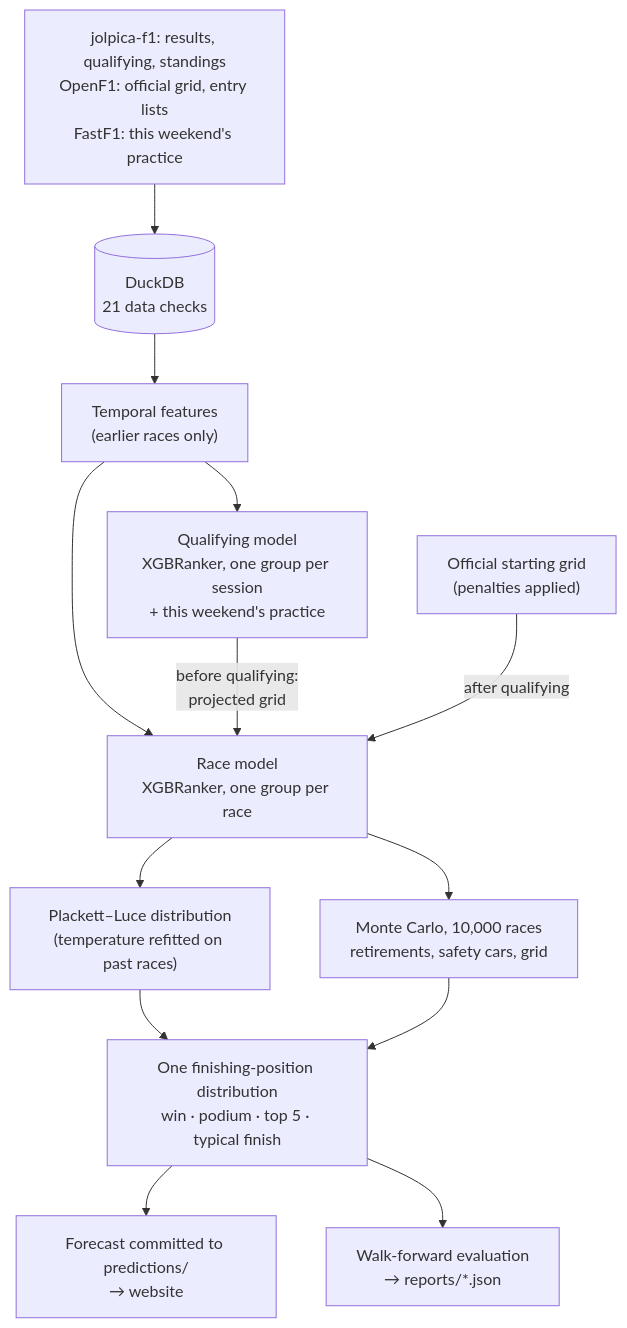
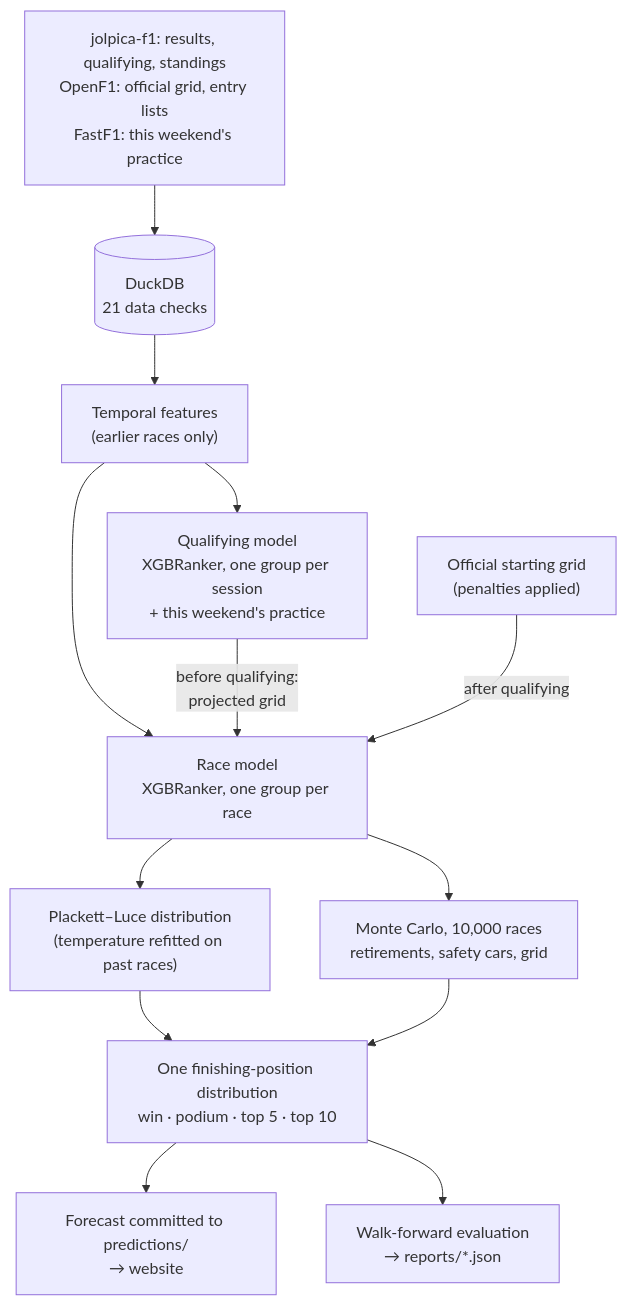
The diagram in README.md (Parikshit06/f1pred), drawn with Mermaid before and after one commit. The commit also changed other lines of this file and 3 other files, not shown here.

First line of the commit message:
Replace the finish-line graphic with how each driver's race could end

````diff
--- a/README.md
+++ b/README.md
@@ -77,15 +77,15 @@
 ```mermaid
 flowchart TD
     A["jolpica-f1: results, qualifying, standings<br/>OpenF1: official grid, entry lists<br/>FastF1: this weekend's practice"] --> B[("DuckDB<br/>21 data checks")]
     B --> C["Temporal features<br/>(earlier races only)"]
     C --> Q["Qualifying model<br/>XGBRanker, one group per session<br/>+ this weekend's practice"]
     C --> R["Race model<br/>XGBRanker, one group per race"]
     Q -- "before qualifying:<br/>projected grid" --> R
     G["Official starting grid<br/>(penalties applied)"] -- "after qualifying" --> R
     R --> P["Plackett–Luce distribution<br/>(temperature refitted on past races)"]
     R --> M["Monte Carlo, 10,000 races<br/>retirements, safety cars, grid"]
-    P --> F["One finishing-position distribution<br/>win · podium · top 5 · typical finish"]
+    P --> F["One finishing-position distribution<br/>win · podium · top 5 · top 10"]
     M --> F
     F --> W["Forecast committed to predictions/<br/>→ website"]
     F --> E["Walk-forward evaluation<br/>→ reports/*.json"]
 ```
````
